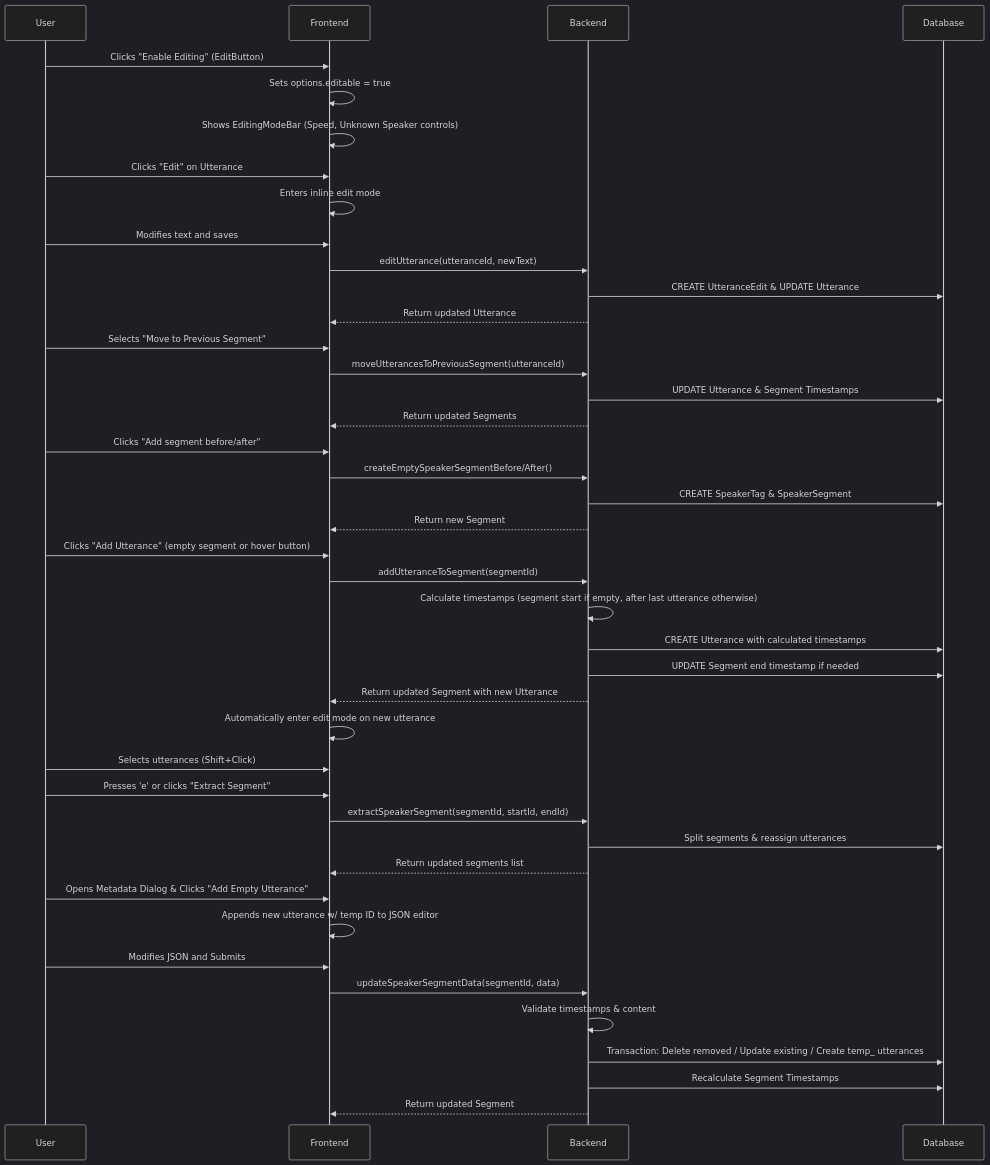
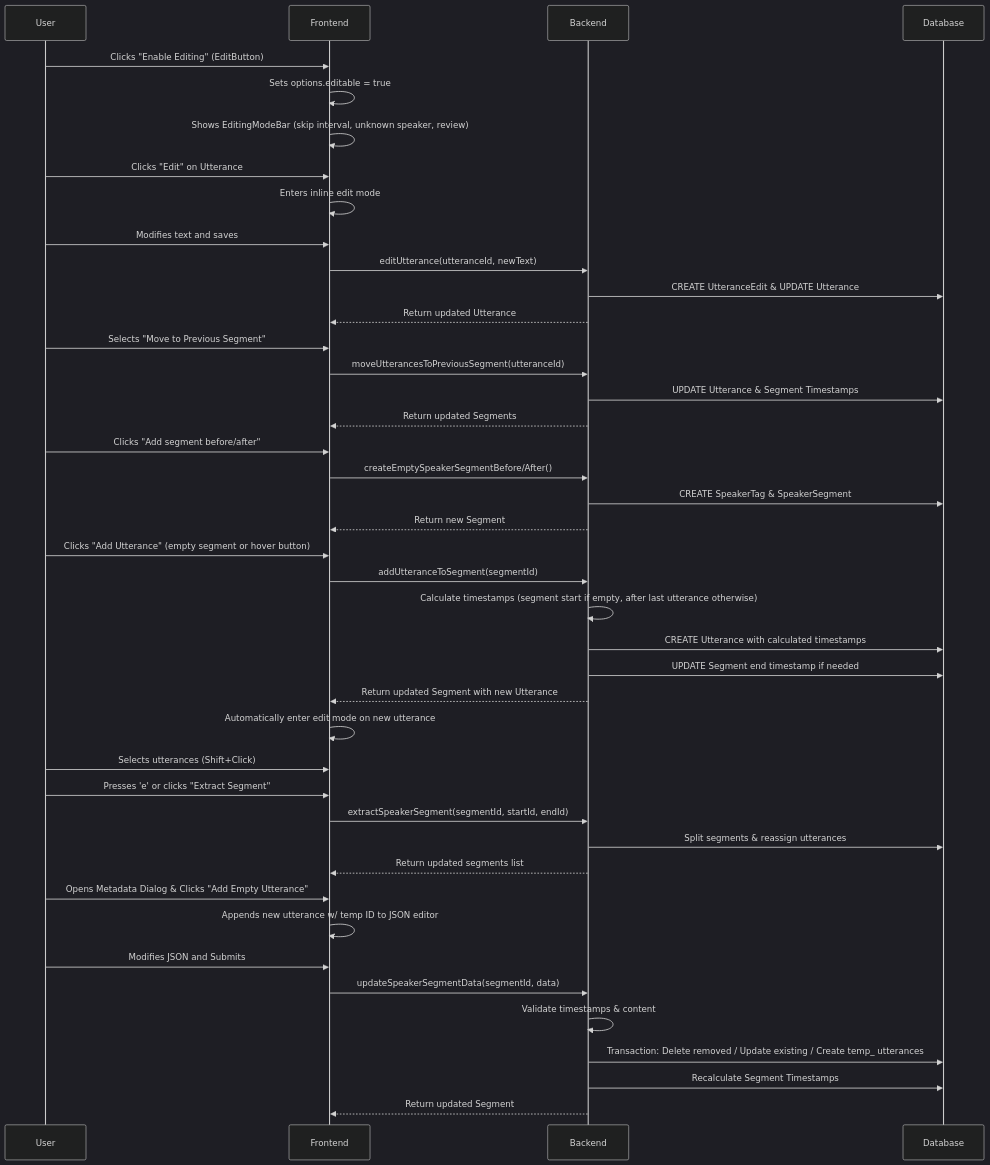
One commit to schemalabz/opencouncil changed the diagram in docs/guides/editing-interface.md. Above: the diagram before and after it, drawn with Mermaid (dark theme). The commit also changed other lines of this file, not shown here.

First line of the commit message:
docs(editing): keep the rules that the code does not state

````diff
--- a/docs/guides/editing-interface.md
+++ b/docs/guides/editing-interface.md
@@ -111,58 +83,58 @@
 ```mermaid
 sequenceDiagram
     participant User
     participant Frontend
     participant Backend
     participant Database
 
     %% Mode Activation
     User->>Frontend: Clicks "Enable Editing" (EditButton)
     Frontend->>Frontend: Sets options.editable = true
-    Frontend->>Frontend: Shows EditingModeBar (Speed, Unknown Speaker controls)
+    Frontend->>Frontend: Shows EditingModeBar (skip interval, unknown speaker, review)
 
     %% Text Editing Flow
     User->>Frontend: Clicks "Edit" on Utterance
     Frontend->>Frontend: Enters inline edit mode
     User->>Frontend: Modifies text and saves
     Frontend->>Backend: editUtterance(utteranceId, newText)
     Backend->>Database: CREATE UtteranceEdit & UPDATE Utterance
     Backend-->>Frontend: Return updated Utterance
 
     %% Structural Editing Flow
     User->>Frontend: Selects "Move to Previous Segment"
     Frontend->>Backend: moveUtterancesToPreviousSegment(utteranceId)
     Backend->>Database: UPDATE Utterance & Segment Timestamps
     Backend-->>Frontend: Return updated Segments
 
     %% Segment Creation Flow
     User->>Frontend: Clicks "Add segment before/after"
     Frontend->>Backend: createEmptySpeakerSegmentBefore/After()
     Backend->>Database: CREATE SpeakerTag & SpeakerSegment
     Backend-->>Frontend: Return new Segment
 
     %% Add Utterance to Segment Flow
     User->>Frontend: Clicks "Add Utterance" (empty segment or hover button)
     Frontend->>Backend: addUtteranceToSegment(segmentId)
     Backend->>Backend: Calculate timestamps (segment start if empty, after last utterance otherwise)
     Backend->>Database: CREATE Utterance with calculated timestamps
     Backend->>Database: UPDATE Segment end timestamp if needed
     Backend-->>Frontend: Return updated Segment with new Utterance
     Frontend->>Frontend: Automatically enter edit mode on new utterance
 
     %% Extraction Flow
     User->>Frontend: Selects utterances (Shift+Click)
     User->>Frontend: Presses 'e' or clicks "Extract Segment"
     Frontend->>Backend: extractSpeakerSegment(segmentId, startId, endId)
     Backend->>Database: Split segments & reassign utterances
     Backend-->>Frontend: Return updated segments list
 
     %% Advanced Segment Editing
     User->>Frontend: Opens Metadata Dialog & Clicks "Add Empty Utterance"
     Frontend->>Frontend: Appends new utterance w/ temp ID to JSON editor
     User->>Frontend: Modifies JSON and Submits
     Frontend->>Backend: updateSpeakerSegmentData(segmentId, data)
     Backend->>Backend: Validate timestamps & content
     Backend->>Database: Transaction: Delete removed / Update existing / Create temp_ utterances
     Backend->>Database: Recalculate Segment Timestamps
     Backend-->>Frontend: Return updated Segment
 ```
````
